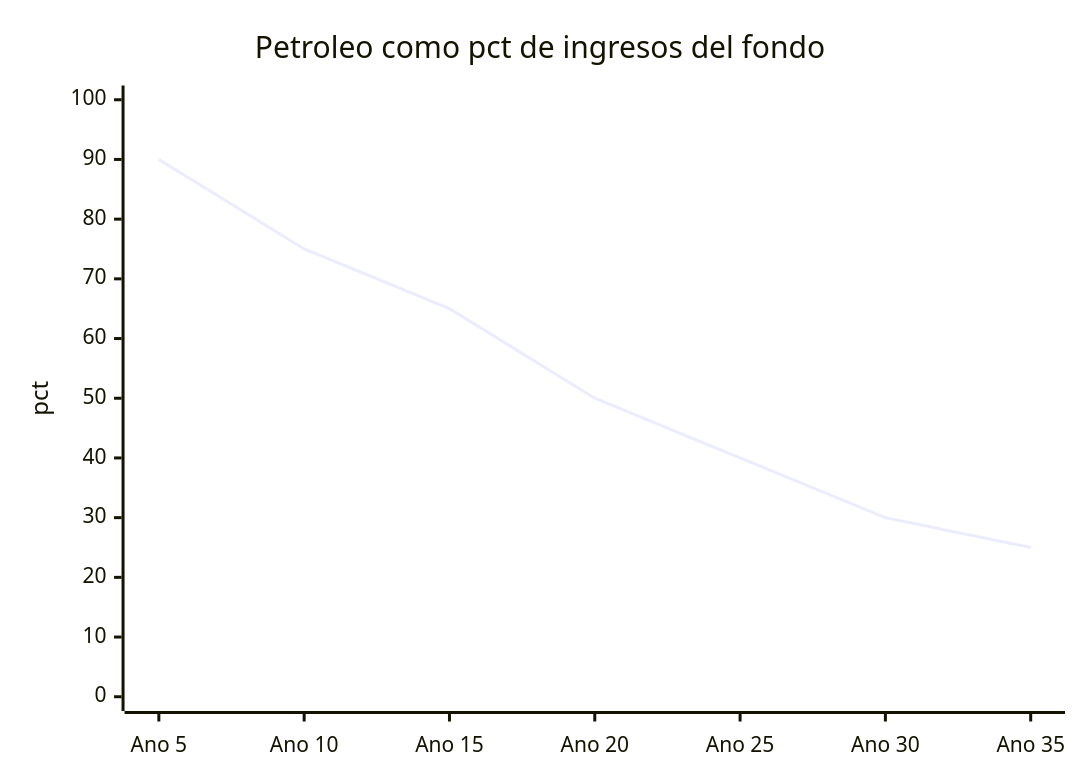
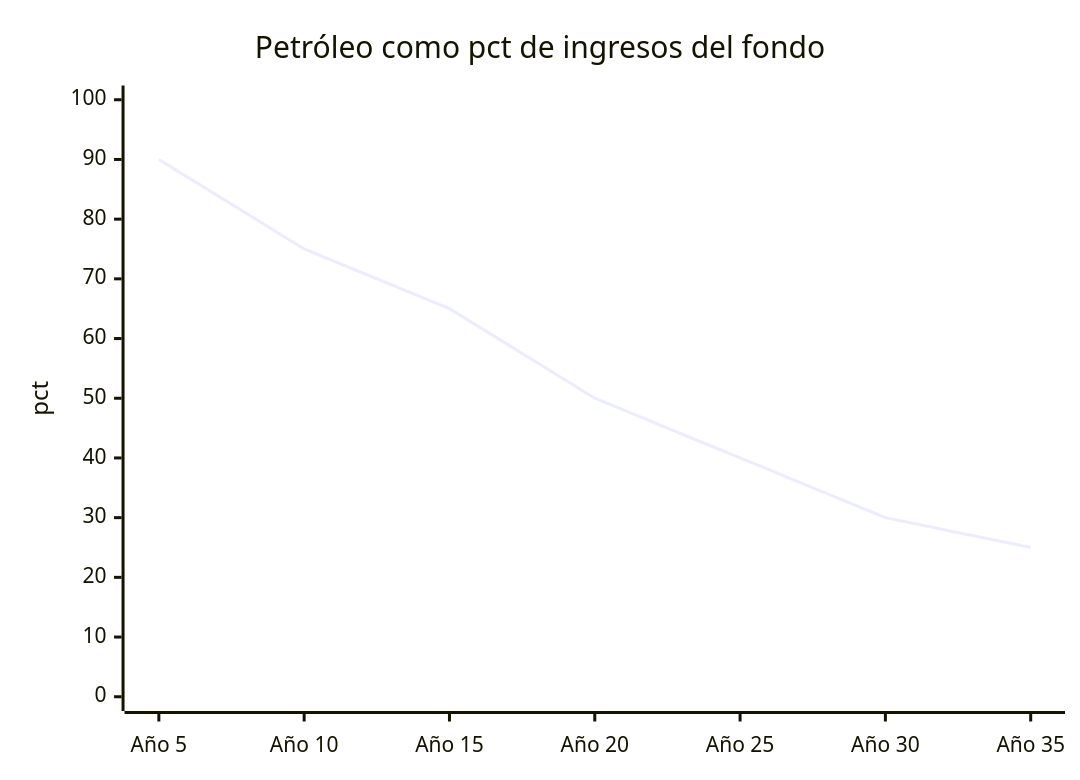
The sixth of 10 diagrams in docs/07-ejecucion/el-sueno.md (Venezuela-S-A/venezuela-sa), drawn with Mermaid before and after one commit. The commit also changed other lines of this file and 127 other files, not shown here.

````diff
--- a/docs/07-ejecucion/el-sueno.md
+++ b/docs/07-ejecucion/el-sueno.md
@@ -490,7 +523,7 @@
 ```mermaid
 xychart-beta
-    title "Petroleo como pct de ingresos del fondo"
-    x-axis ["Ano 5", "Ano 10", "Ano 15", "Ano 20", "Ano 25", "Ano 30", "Ano 35"]
+    title "Petróleo como pct de ingresos del fondo"
+    x-axis ["Año 5", "Año 10", "Año 15", "Año 20", "Año 25", "Año 30", "Año 35"]
     y-axis "pct" 0 --> 100
     line [90, 75, 65, 50, 40, 30, 25]
 ```
````
